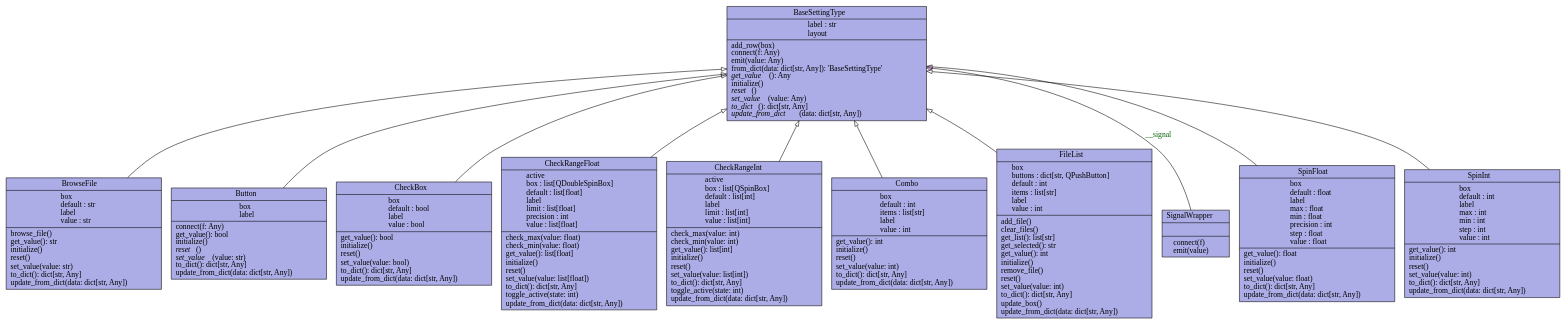
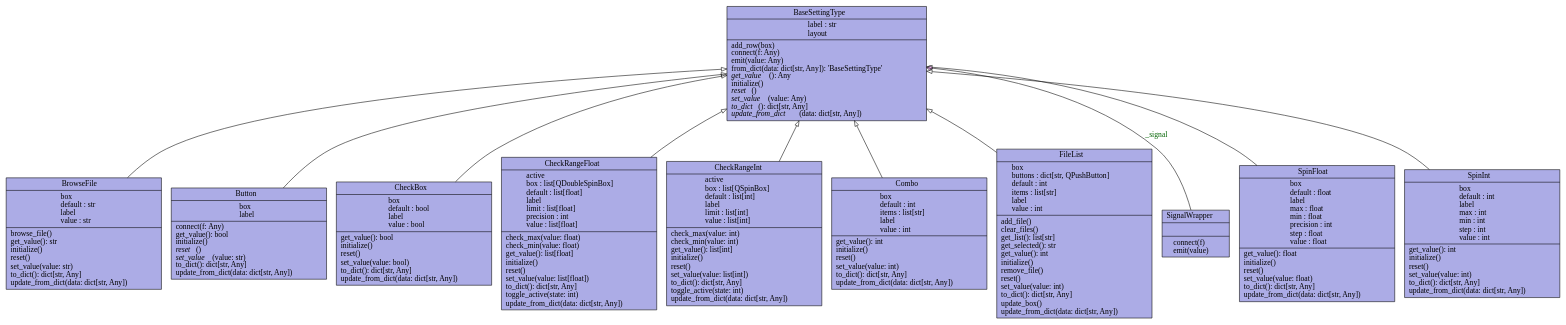
One commit to tmonseigne/palm-tracer changed the diagram in docs/_static/graph/classes_types.dot. Above: the diagram before and after it, drawn with Graphviz. The commit also changed 28 other files, not shown here.

```diff
--- a/docs/_static/graph/classes_types.dot
+++ b/docs/_static/graph/classes_types.dot
@@ -1,26 +1,26 @@
 digraph "classes_palm_tracer" {
 rankdir=BT
 charset="utf-8"
 "palm_tracer.Settings.Types.BaseSettingType.BaseSettingType" [color="black", fontcolor="black", label=<{BaseSettingType|label : str<br ALIGN="LEFT"/>layout<br ALIGN="LEFT"/>|add_row(box)<br ALIGN="LEFT"/>connect(f: Any)<br ALIGN="LEFT"/>emit(value: Any)<br ALIGN="LEFT"/>from_dict(data: dict[str, Any]): 'BaseSettingType'<br ALIGN="LEFT"/><I>get_value</I>(): Any<br ALIGN="LEFT"/>initialize()<br ALIGN="LEFT"/><I>reset</I>()<br ALIGN="LEFT"/><I>set_value</I>(value: Any)<br ALIGN="LEFT"/><I>to_dict</I>(): dict[str, Any]<br ALIGN="LEFT"/><I>update_from_dict</I>(data: dict[str, Any])<br ALIGN="LEFT"/>}>, shape="record", style="filled", fillcolor="#acace6"];
 "palm_tracer.Settings.Types.BrowseFile.BrowseFile" [color="black", fontcolor="black", label=<{BrowseFile|box<br ALIGN="LEFT"/>default : str<br ALIGN="LEFT"/>label<br ALIGN="LEFT"/>value : str<br ALIGN="LEFT"/>|browse_file()<br ALIGN="LEFT"/>get_value(): str<br ALIGN="LEFT"/>initialize()<br ALIGN="LEFT"/>reset()<br ALIGN="LEFT"/>set_value(value: str)<br ALIGN="LEFT"/>to_dict(): dict[str, Any]<br ALIGN="LEFT"/>update_from_dict(data: dict[str, Any])<br ALIGN="LEFT"/>}>, shape="record", style="filled", fillcolor="#acace6"];
 "palm_tracer.Settings.Types.Button.Button" [color="black", fontcolor="black", label=<{Button|box<br ALIGN="LEFT"/>label<br ALIGN="LEFT"/>|connect(f: Any)<br ALIGN="LEFT"/>get_value(): bool<br ALIGN="LEFT"/>initialize()<br ALIGN="LEFT"/><I>reset</I>()<br ALIGN="LEFT"/><I>set_value</I>(value: str)<br ALIGN="LEFT"/>to_dict(): dict[str, Any]<br ALIGN="LEFT"/>update_from_dict(data: dict[str, Any])<br ALIGN="LEFT"/>}>, shape="record", style="filled", fillcolor="#acace6"];
 "palm_tracer.Settings.Types.CheckBox.CheckBox" [color="black", fontcolor="black", label=<{CheckBox|box<br ALIGN="LEFT"/>default : bool<br ALIGN="LEFT"/>label<br ALIGN="LEFT"/>value : bool<br ALIGN="LEFT"/>|get_value(): bool<br ALIGN="LEFT"/>initialize()<br ALIGN="LEFT"/>reset()<br ALIGN="LEFT"/>set_value(value: bool)<br ALIGN="LEFT"/>to_dict(): dict[str, Any]<br ALIGN="LEFT"/>update_from_dict(data: dict[str, Any])<br ALIGN="LEFT"/>}>, shape="record", style="filled", fillcolor="#acace6"];
 "palm_tracer.Settings.Types.CheckRangeFloat.CheckRangeFloat" [color="black", fontcolor="black", label=<{CheckRangeFloat|active<br ALIGN="LEFT"/>box : list[QDoubleSpinBox]<br ALIGN="LEFT"/>default : list[float]<br ALIGN="LEFT"/>label<br ALIGN="LEFT"/>limit : list[float]<br ALIGN="LEFT"/>precision : int<br ALIGN="LEFT"/>value : list[float]<br ALIGN="LEFT"/>|check_max(value: float)<br ALIGN="LEFT"/>check_min(value: float)<br ALIGN="LEFT"/>get_value(): list[float]<br ALIGN="LEFT"/>initialize()<br ALIGN="LEFT"/>reset()<br ALIGN="LEFT"/>set_value(value: list[float])<br ALIGN="LEFT"/>to_dict(): dict[str, Any]<br ALIGN="LEFT"/>toggle_active(state: int)<br ALIGN="LEFT"/>update_from_dict(data: dict[str, Any])<br ALIGN="LEFT"/>}>, shape="record", style="filled", fillcolor="#acace6"];
 "palm_tracer.Settings.Types.CheckRangeInt.CheckRangeInt" [color="black", fontcolor="black", label=<{CheckRangeInt|active<br ALIGN="LEFT"/>box : list[QSpinBox]<br ALIGN="LEFT"/>default : list[int]<br ALIGN="LEFT"/>label<br ALIGN="LEFT"/>limit : list[int]<br ALIGN="LEFT"/>value : list[int]<br ALIGN="LEFT"/>|check_max(value: int)<br ALIGN="LEFT"/>check_min(value: int)<br ALIGN="LEFT"/>get_value(): list[int]<br ALIGN="LEFT"/>initialize()<br ALIGN="LEFT"/>reset()<br ALIGN="LEFT"/>set_value(value: list[int])<br ALIGN="LEFT"/>to_dict(): dict[str, Any]<br ALIGN="LEFT"/>toggle_active(state: int)<br ALIGN="LEFT"/>update_from_dict(data: dict[str, Any])<br ALIGN="LEFT"/>}>, shape="record", style="filled", fillcolor="#acace6"];
 "palm_tracer.Settings.Types.Combo.Combo" [color="black", fontcolor="black", label=<{Combo|box<br ALIGN="LEFT"/>default : int<br ALIGN="LEFT"/>items : list[str]<br ALIGN="LEFT"/>label<br ALIGN="LEFT"/>value : int<br ALIGN="LEFT"/>|get_value(): int<br ALIGN="LEFT"/>initialize()<br ALIGN="LEFT"/>reset()<br ALIGN="LEFT"/>set_value(value: int)<br ALIGN="LEFT"/>to_dict(): dict[str, Any]<br ALIGN="LEFT"/>update_from_dict(data: dict[str, Any])<br ALIGN="LEFT"/>}>, shape="record", style="filled", fillcolor="#acace6"];
 "palm_tracer.Settings.Types.FileList.FileList" [color="black", fontcolor="black", label=<{FileList|box<br ALIGN="LEFT"/>buttons : dict[str, QPushButton]<br ALIGN="LEFT"/>default : int<br ALIGN="LEFT"/>items : list[str]<br ALIGN="LEFT"/>label<br ALIGN="LEFT"/>value : int<br ALIGN="LEFT"/>|add_file()<br ALIGN="LEFT"/>clear_files()<br ALIGN="LEFT"/>get_list(): list[str]<br ALIGN="LEFT"/>get_selected(): str<br ALIGN="LEFT"/>get_value(): int<br ALIGN="LEFT"/>initialize()<br ALIGN="LEFT"/>remove_file()<br ALIGN="LEFT"/>reset()<br ALIGN="LEFT"/>set_value(value: int)<br ALIGN="LEFT"/>to_dict(): dict[str, Any]<br ALIGN="LEFT"/>update_box()<br ALIGN="LEFT"/>update_from_dict(data: dict[str, Any])<br ALIGN="LEFT"/>}>, shape="record", style="filled", fillcolor="#acace6"];
 "palm_tracer.Settings.Types.SignalWrapper.SignalWrapper" [color="black", fontcolor="black", label=<{SignalWrapper|<br ALIGN="LEFT"/>|connect(f)<br ALIGN="LEFT"/>emit(value)<br ALIGN="LEFT"/>}>, shape="record", style="filled", fillcolor="#acace6"];
 "palm_tracer.Settings.Types.SpinFloat.SpinFloat" [color="black", fontcolor="black", label=<{SpinFloat|box<br ALIGN="LEFT"/>default : float<br ALIGN="LEFT"/>label<br ALIGN="LEFT"/>max : float<br ALIGN="LEFT"/>min : float<br ALIGN="LEFT"/>precision : int<br ALIGN="LEFT"/>step : float<br ALIGN="LEFT"/>value : float<br ALIGN="LEFT"/>|get_value(): float<br ALIGN="LEFT"/>initialize()<br ALIGN="LEFT"/>reset()<br ALIGN="LEFT"/>set_value(value: float)<br ALIGN="LEFT"/>to_dict(): dict[str, Any]<br ALIGN="LEFT"/>update_from_dict(data: dict[str, Any])<br ALIGN="LEFT"/>}>, shape="record", style="filled", fillcolor="#acace6"];
 "palm_tracer.Settings.Types.SpinInt.SpinInt" [color="black", fontcolor="black", label=<{SpinInt|box<br ALIGN="LEFT"/>default : int<br ALIGN="LEFT"/>label<br ALIGN="LEFT"/>max : int<br ALIGN="LEFT"/>min : int<br ALIGN="LEFT"/>step : int<br ALIGN="LEFT"/>value : int<br ALIGN="LEFT"/>|get_value(): int<br ALIGN="LEFT"/>initialize()<br ALIGN="LEFT"/>reset()<br ALIGN="LEFT"/>set_value(value: int)<br ALIGN="LEFT"/>to_dict(): dict[str, Any]<br ALIGN="LEFT"/>update_from_dict(data: dict[str, Any])<br ALIGN="LEFT"/>}>, shape="record", style="filled", fillcolor="#acace6"];
 
 "palm_tracer.Settings.Types.BrowseFile.BrowseFile" -> "palm_tracer.Settings.Types.BaseSettingType.BaseSettingType" [arrowhead="empty", arrowtail="none", style="filled", fillcolor="#e6ace6"];
 "palm_tracer.Settings.Types.Button.Button" -> "palm_tracer.Settings.Types.BaseSettingType.BaseSettingType" [arrowhead="empty", arrowtail="none", style="filled", fillcolor="#e6ace6"];
 "palm_tracer.Settings.Types.CheckBox.CheckBox" -> "palm_tracer.Settings.Types.BaseSettingType.BaseSettingType" [arrowhead="empty", arrowtail="none", style="filled", fillcolor="#e6ace6"];
 "palm_tracer.Settings.Types.CheckRangeFloat.CheckRangeFloat" -> "palm_tracer.Settings.Types.BaseSettingType.BaseSettingType" [arrowhead="empty", arrowtail="none", style="filled", fillcolor="#e6ace6"];
 "palm_tracer.Settings.Types.CheckRangeInt.CheckRangeInt" -> "palm_tracer.Settings.Types.BaseSettingType.BaseSettingType" [arrowhead="empty", arrowtail="none", style="filled", fillcolor="#e6ace6"];
 "palm_tracer.Settings.Types.Combo.Combo" -> "palm_tracer.Settings.Types.BaseSettingType.BaseSettingType" [arrowhead="empty", arrowtail="none", style="filled", fillcolor="#e6ace6"];
 "palm_tracer.Settings.Types.FileList.FileList" -> "palm_tracer.Settings.Types.BaseSettingType.BaseSettingType" [arrowhead="empty", arrowtail="none", style="filled", fillcolor="#e6ace6"];
-"palm_tracer.Settings.Types.SignalWrapper.SignalWrapper" -> "palm_tracer.Settings.Types.BaseSettingType.BaseSettingType" [arrowhead="diamond", arrowtail="none", fontcolor="#006400", label="__signal", style="filled", fillcolor="#e6ace6"];
+"palm_tracer.Settings.Types.SignalWrapper.SignalWrapper" -> "palm_tracer.Settings.Types.BaseSettingType.BaseSettingType" [arrowhead="diamond", arrowtail="none", fontcolor="#006400", label="_signal", style="filled", fillcolor="#e6ace6"];
 "palm_tracer.Settings.Types.SpinFloat.SpinFloat" -> "palm_tracer.Settings.Types.BaseSettingType.BaseSettingType" [arrowhead="empty", arrowtail="none", style="filled", fillcolor="#e6ace6"];
 "palm_tracer.Settings.Types.SpinInt.SpinInt" -> "palm_tracer.Settings.Types.BaseSettingType.BaseSettingType" [arrowhead="empty", arrowtail="none", style="filled", fillcolor="#e6ace6"];
 }
```
